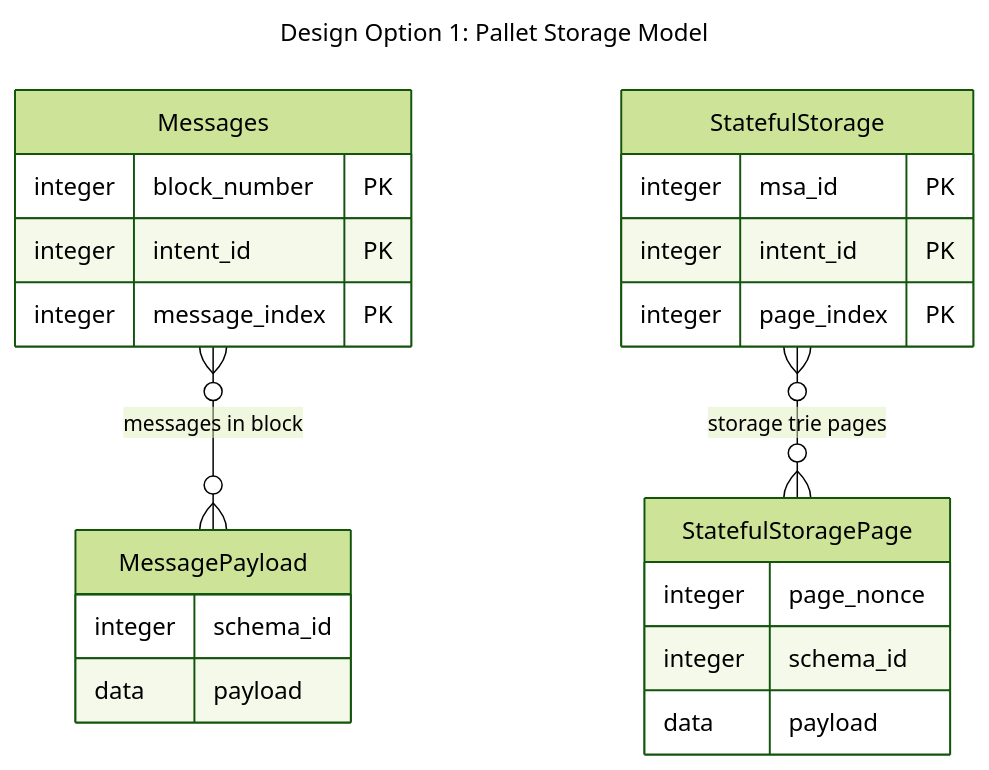
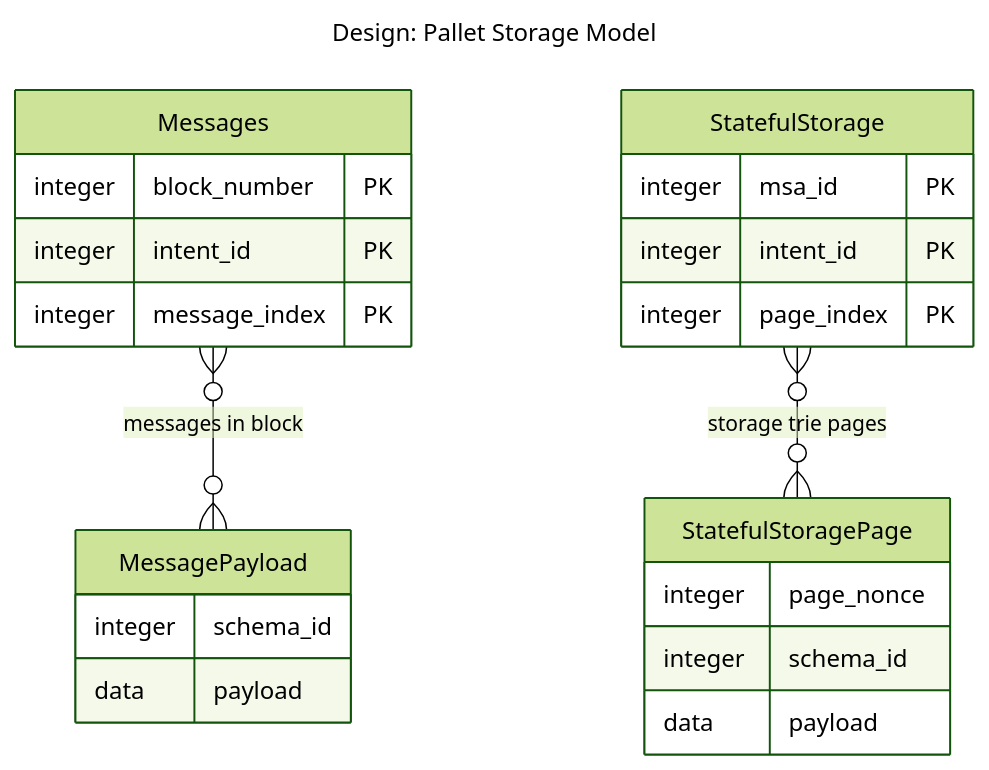
The third of 3 diagrams in designdocs/schema_options.md (frequency-chain/frequency), drawn with Mermaid (forest theme) before and after one commit. The commit also changed other lines of this file, not shown here.

Commit message:
revised high level design with delegation groups and no migrations

````diff
--- a/designdocs/schema_options.md
+++ b/designdocs/schema_options.md
@@ -153,31 +129,31 @@
 ```mermaid
 ---
-title: "Design Option 1: Pallet Storage Model"
+title: "Design: Pallet Storage Model"
 ---
 erDiagram
     Messages {
         integer block_number PK
         integer intent_id PK
         integer message_index PK
     }
 
     MessagePayload {
         integer schema_id
         data payload
     }
 
     StatefulStorage {
         integer msa_id PK
         integer intent_id PK
         integer page_index PK
     }
 
     StatefulStoragePage {
         integer page_nonce
         integer schema_id
         data payload
     }
 
     Messages }o--o{ MessagePayload: "messages in block"
     StatefulStorage }o--o{ StatefulStoragePage: "storage trie pages"
 ```
````
